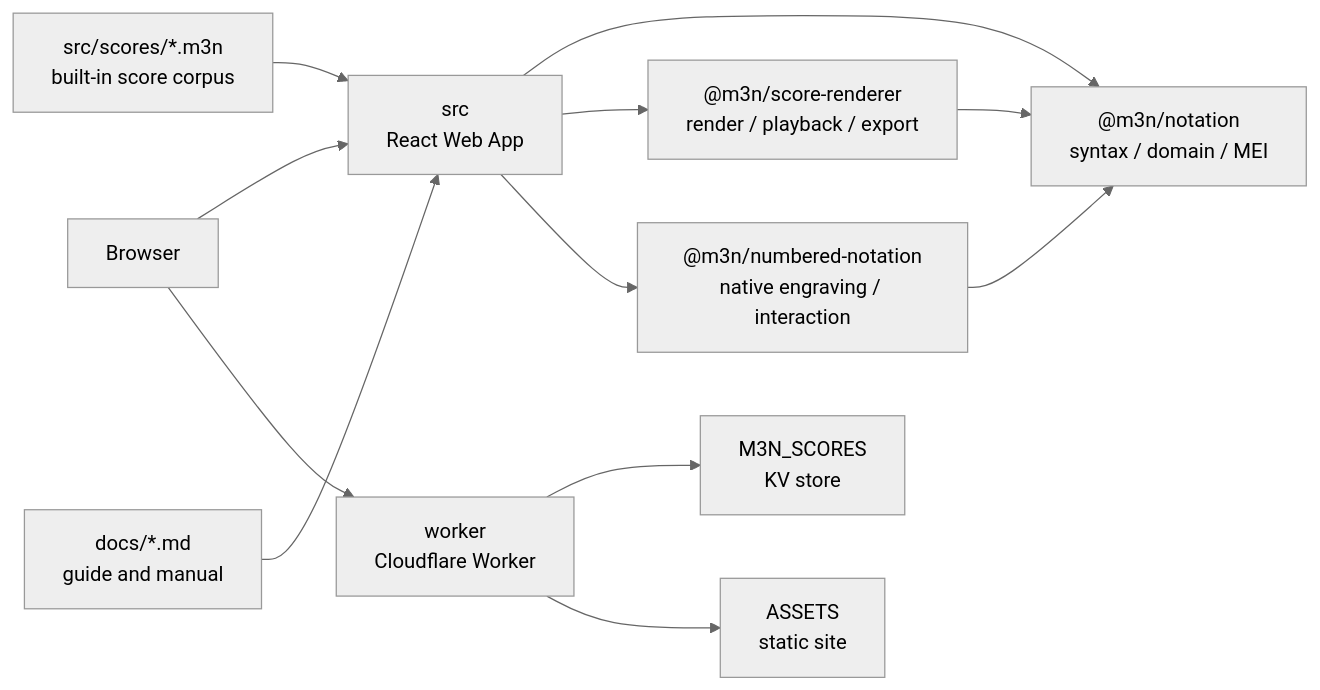
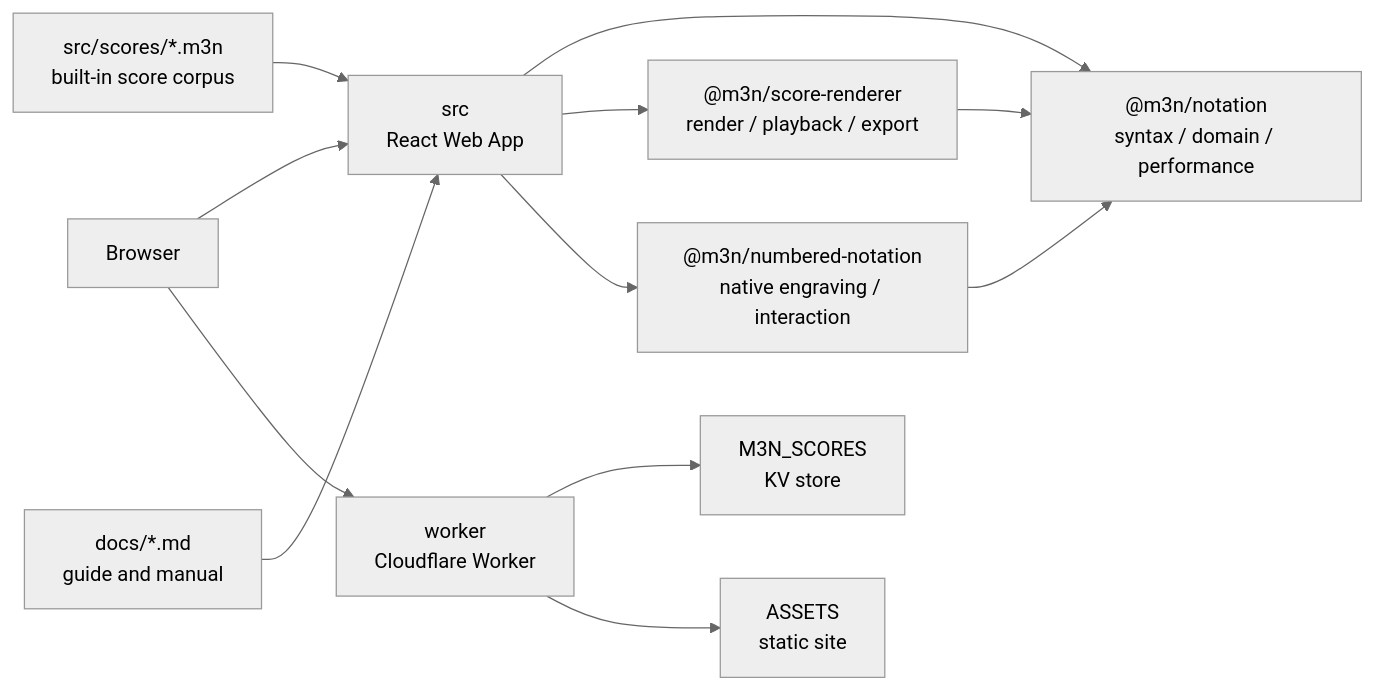
The first of 5 diagrams in docs/CODEGRAPH.md (huazhechen/m3n), drawn with Mermaid (neutral theme) before and after one commit. The commit also changed other lines of this file and 79 other files, not shown here.

````diff
--- a/docs/CODEGRAPH.md
+++ b/docs/CODEGRAPH.md
@@ -7,25 +7,25 @@
 ```mermaid
 flowchart LR
   browser[Browser]
   app["src<br/>React Web App"]
   renderer["@m3n/score-renderer<br/>render / playback / export"]
-  notation["@m3n/notation<br/>syntax / domain / MEI"]
+  notation["@m3n/notation<br/>syntax / domain / performance"]
   numbered["@m3n/numbered-notation<br/>native engraving / interaction"]
   scores["src/scores/*.m3n<br/>built-in score corpus"]
   docs["docs/*.md<br/>guide and manual"]
   worker["worker<br/>Cloudflare Worker"]
   kv["M3N_SCORES<br/>KV store"]
   assets["ASSETS<br/>static site"]
 
   browser --> app
   browser --> worker
   app --> notation
   app --> renderer
   app --> numbered
   numbered --> notation
   renderer --> notation
   scores --> app
   docs --> app
   worker --> kv
   worker --> assets
 ```
````
